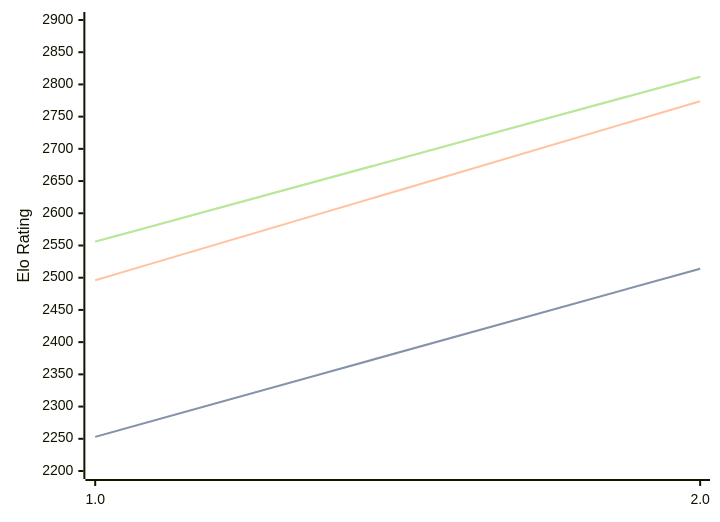
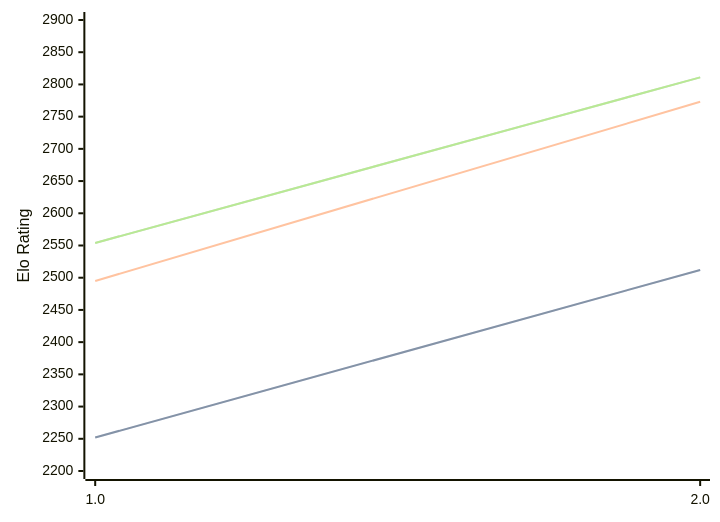
The diagram in engines/Revolver.md (computer-chess-index/cci), drawn with Mermaid before and after one commit. The commit also changed other lines of this file, not shown here.

Commit message:
Update CCI Ratings (ELO VLTC) - 2026-06-07

````diff
--- a/engines/Revolver.md
+++ b/engines/Revolver.md
@@ -32,11 +32,11 @@
 ```mermaid
 %%{init: {"theme":"base","themeVariables":{"seriesColors:['#a3a3a3','#222221','#faa371']}}}%%
 xychart-beta
   x-axis ["1.0", "2.0"]
   y-axis "Elo Rating" 2200 --> 2900
-  line "STC (8.0+0.08s)" [2253, 2514]
-  line "STC (8.0+0.08s)" [2253, 2514]
-  line "LTC (60.0+0.60s)" [2496, 2774]
-  line "VLTC (2m24s+1.12s)" [2556, 2812]
-  line "VLTC (2m24s+1.12s)" [2556, 2812]
+  line "STC (8.0+0.08s)" [2252, 2512]
+  line "STC (8.0+0.08s)" [2252, 2512]
+  line "LTC (60.0+0.60s)" [2495, 2773]
+  line "VLTC (2m24s+1.12s)" [2554, 2811]
+  line "VLTC (2m24s+1.12s)" [2554, 2811]
 ```
````
